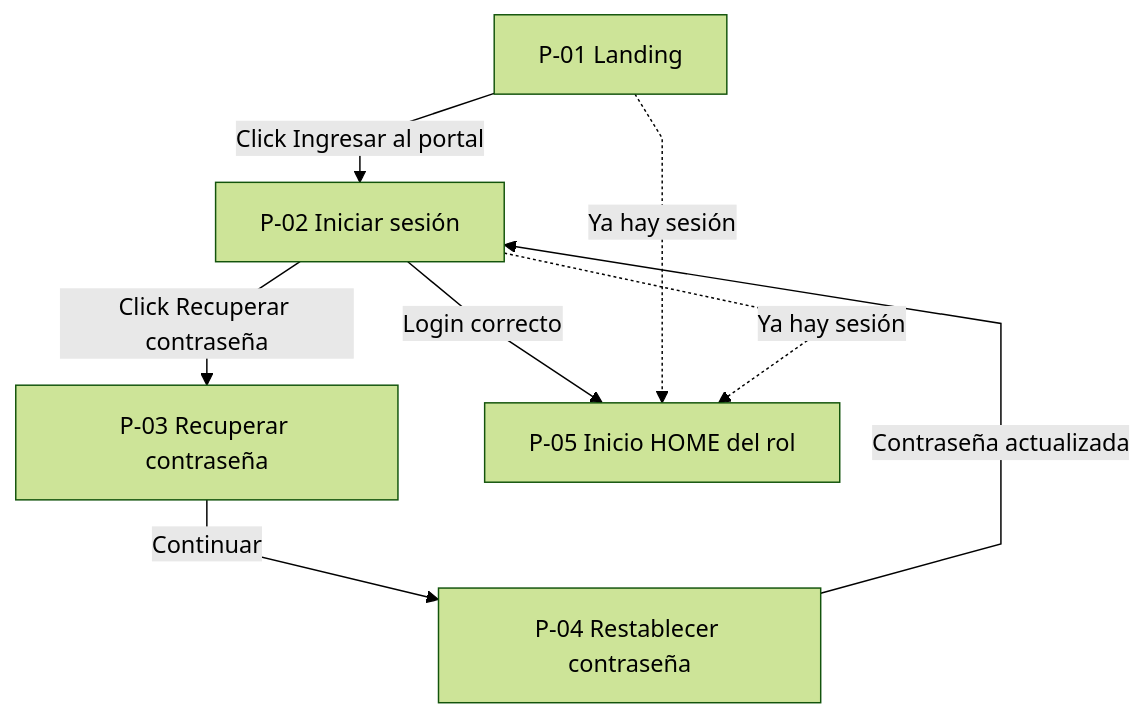
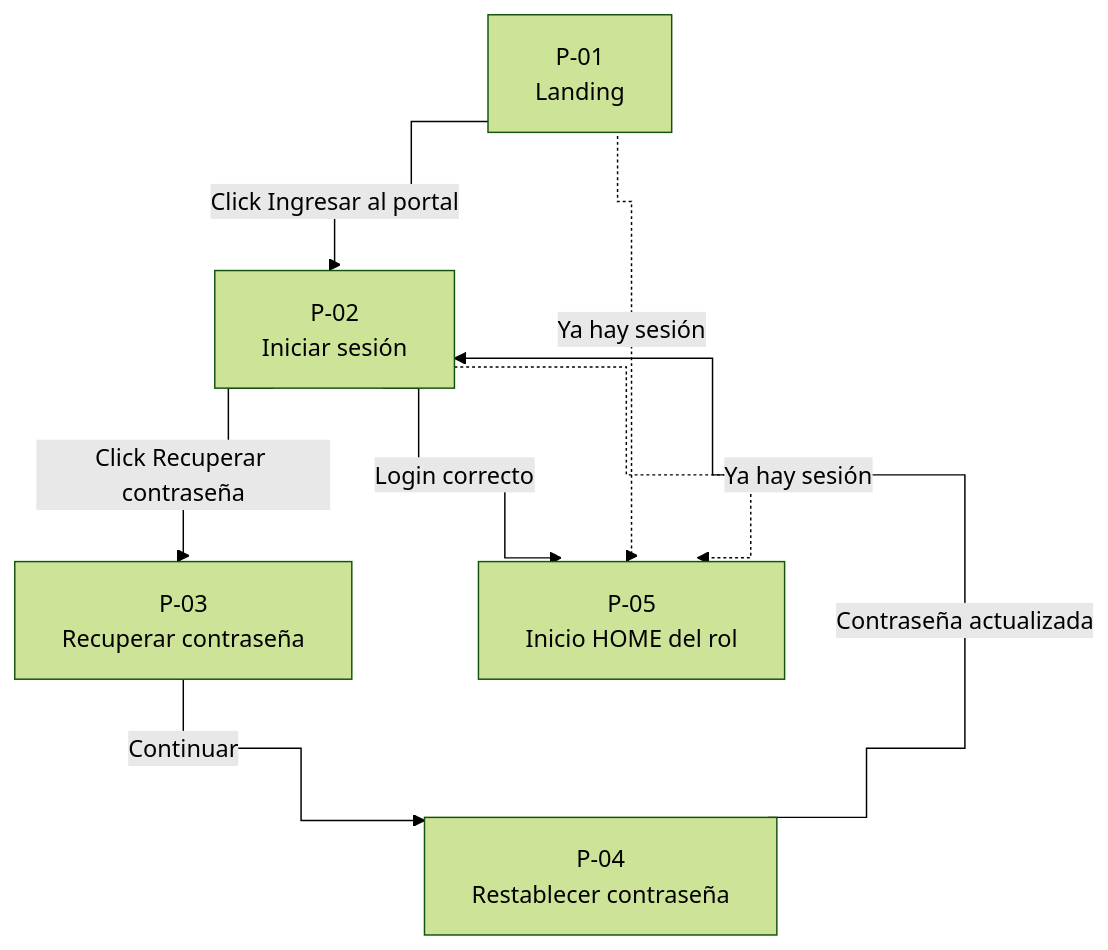
Before and after one commit to julioacostapallud/tss: the first of 10 diagrams in docs/diagrama-navegacion.md, drawn with Mermaid (forest theme). The commit also changed other lines of this file, not shown here.

First line of the commit message:
docs: reorganizar diagramas de navegación para evitar solapamientos

````diff
--- a/docs/diagrama-navegacion.md
+++ b/docs/diagrama-navegacion.md
@@ -9,17 +11,17 @@
 ```mermaid
-%%{init: {'flowchart': {'curve': 'linear', 'nodeSpacing': 24, 'rankSpacing': 36}}}%%
+%%{init: {'flowchart': {'curve': 'step', 'nodeSpacing': 50, 'rankSpacing': 70, 'padding': 16}}}%%
 flowchart TD
-  P01["P-01 Landing"]
-  P02["P-02 Iniciar sesión"]
-  P03["P-03 Recuperar contraseña"]
-  P04["P-04 Restablecer contraseña"]
-  P05["P-05 Inicio HOME del rol"]
+  P01["P-01<br/>Landing"]
+  P02["P-02<br/>Iniciar sesión"]
+  P03["P-03<br/>Recuperar contraseña"]
+  P04["P-04<br/>Restablecer contraseña"]
+  P05["P-05<br/>Inicio HOME del rol"]
 
   P01 -->|Click Ingresar al portal| P02
   P02 -->|Login correcto| P05
   P02 -->|Click Recuperar contraseña| P03
   P03 -->|Continuar| P04
   P04 -->|Contraseña actualizada| P02
   P01 -.->|Ya hay sesión| P05
   P02 -.->|Ya hay sesión| P05
 ```
````
